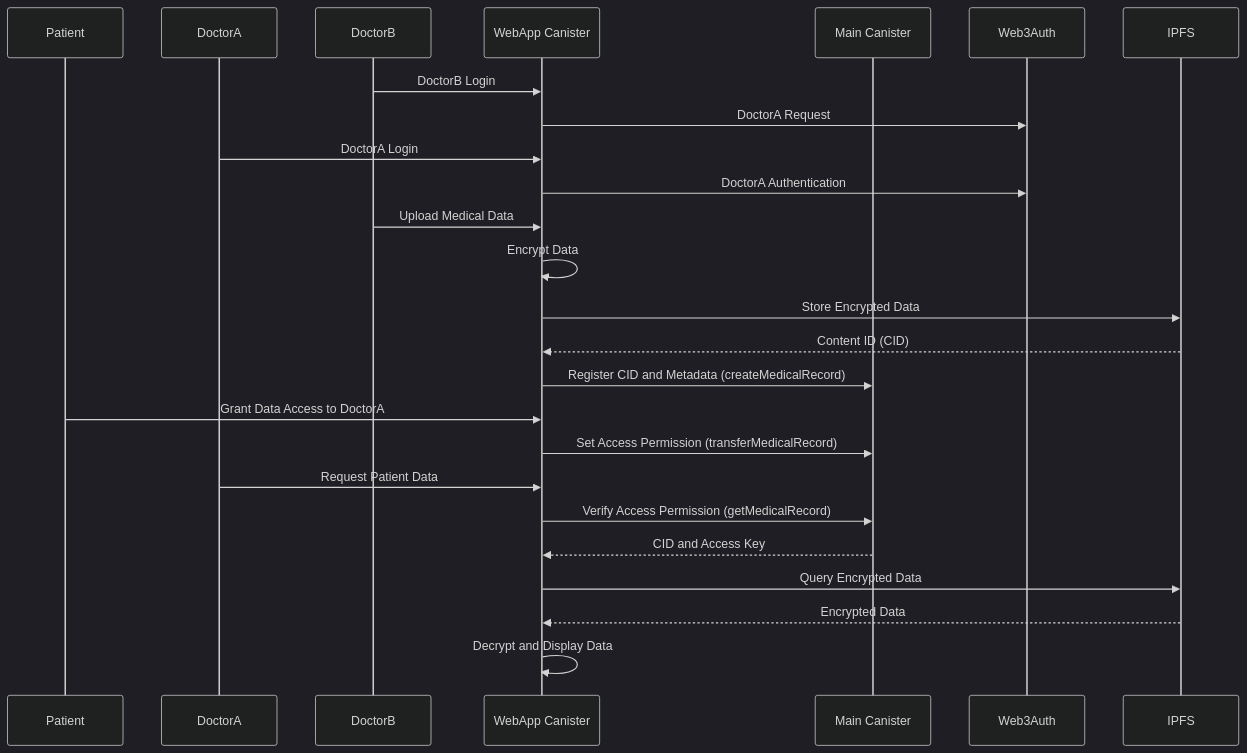
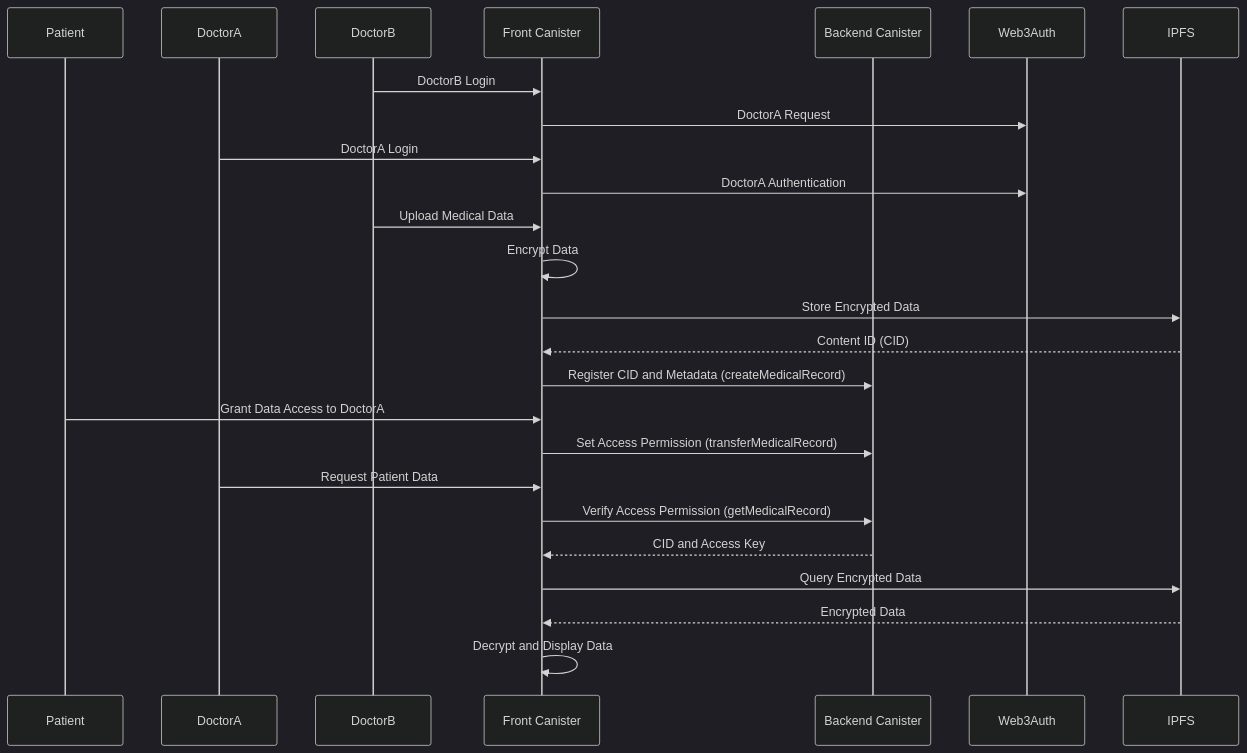
The diagram in README.md (daeu81404/mutual-link), drawn with Mermaid (dark theme) before and after one commit.

````diff
--- a/README.md
+++ b/README.md
@@ -31,32 +31,32 @@
 ```mermaid
 sequenceDiagram
     participant Patient
     participant DoctorA
     participant DoctorB
-    participant WebApp Canister
-    participant MainCan as Main Canister
+    participant Front Canister
+    participant MainCan as Backend Canister
     participant Web3Auth
     participant IPFS
 
-    DoctorB->>WebApp Canister: DoctorB Login
-    WebApp Canister->>Web3Auth: DoctorA Request
+    DoctorB->>Front Canister: DoctorB Login
+    Front Canister->>Web3Auth: DoctorA Request
 
-    DoctorA->>WebApp Canister: DoctorA Login
-    WebApp Canister->>Web3Auth: DoctorA Authentication
+    DoctorA->>Front Canister: DoctorA Login
+    Front Canister->>Web3Auth: DoctorA Authentication
 
-    DoctorB->>WebApp Canister: Upload Medical Data
-    WebApp Canister->>WebApp Canister: Encrypt Data
-    WebApp Canister->>IPFS: Store Encrypted Data
-    IPFS-->>WebApp Canister: Content ID (CID)
-    WebApp Canister->>MainCan: Register CID and Metadata (createMedicalRecord)
+    DoctorB->>Front Canister: Upload Medical Data
+    Front Canister->>Front Canister: Encrypt Data
+    Front Canister->>IPFS: Store Encrypted Data
+    IPFS-->>Front Canister: Content ID (CID)
+    Front Canister->>MainCan: Register CID and Metadata (createMedicalRecord)
 
-    Patient->>WebApp Canister: Grant Data Access to DoctorA
-    WebApp Canister->>MainCan: Set Access Permission (transferMedicalRecord)
+    Patient->>Front Canister: Grant Data Access to DoctorA
+    Front Canister->>MainCan: Set Access Permission (transferMedicalRecord)
 
-    DoctorA->>WebApp Canister: Request Patient Data
-    WebApp Canister->>MainCan: Verify Access Permission (getMedicalRecord)
-    MainCan-->>WebApp Canister: CID and Access Key
-    WebApp Canister->>IPFS: Query Encrypted Data
-    IPFS-->>WebApp Canister: Encrypted Data
-    WebApp Canister->>WebApp Canister: Decrypt and Display Data
+    DoctorA->>Front Canister: Request Patient Data
+    Front Canister->>MainCan: Verify Access Permission (getMedicalRecord)
+    MainCan-->>Front Canister: CID and Access Key
+    Front Canister->>IPFS: Query Encrypted Data
+    IPFS-->>Front Canister: Encrypted Data
+    Front Canister->>Front Canister: Decrypt and Display Data
 ```
````
